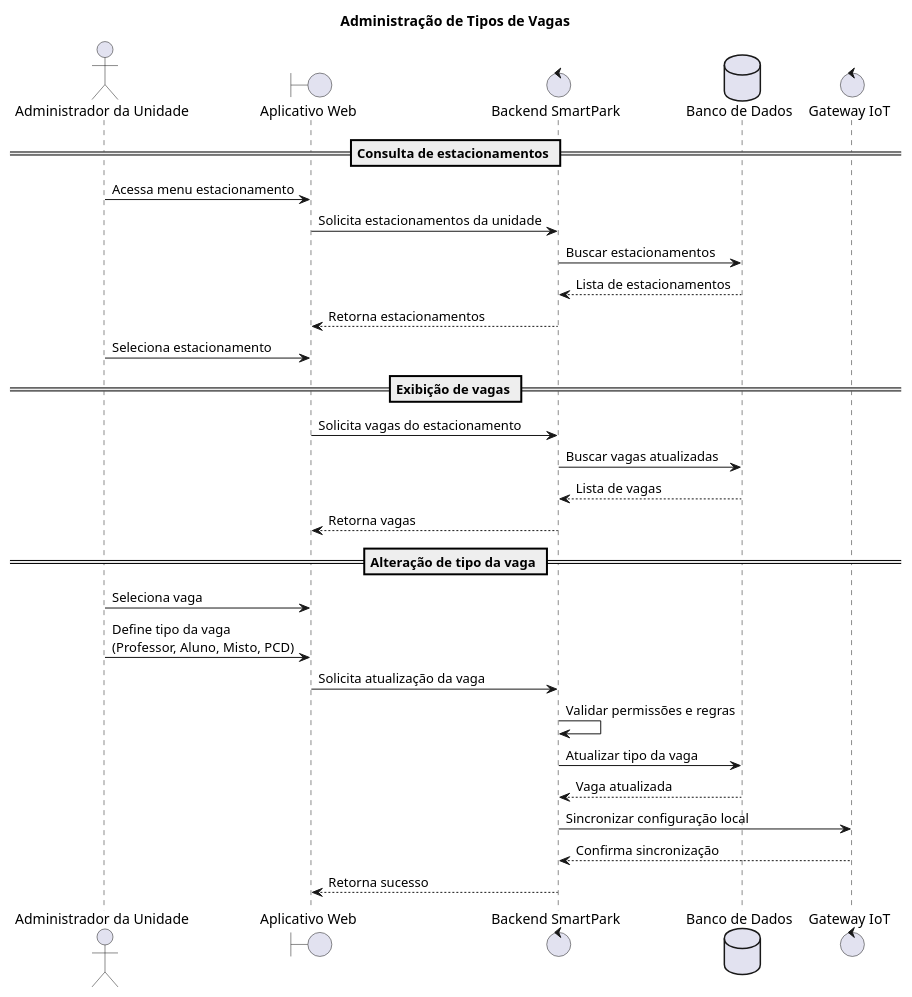
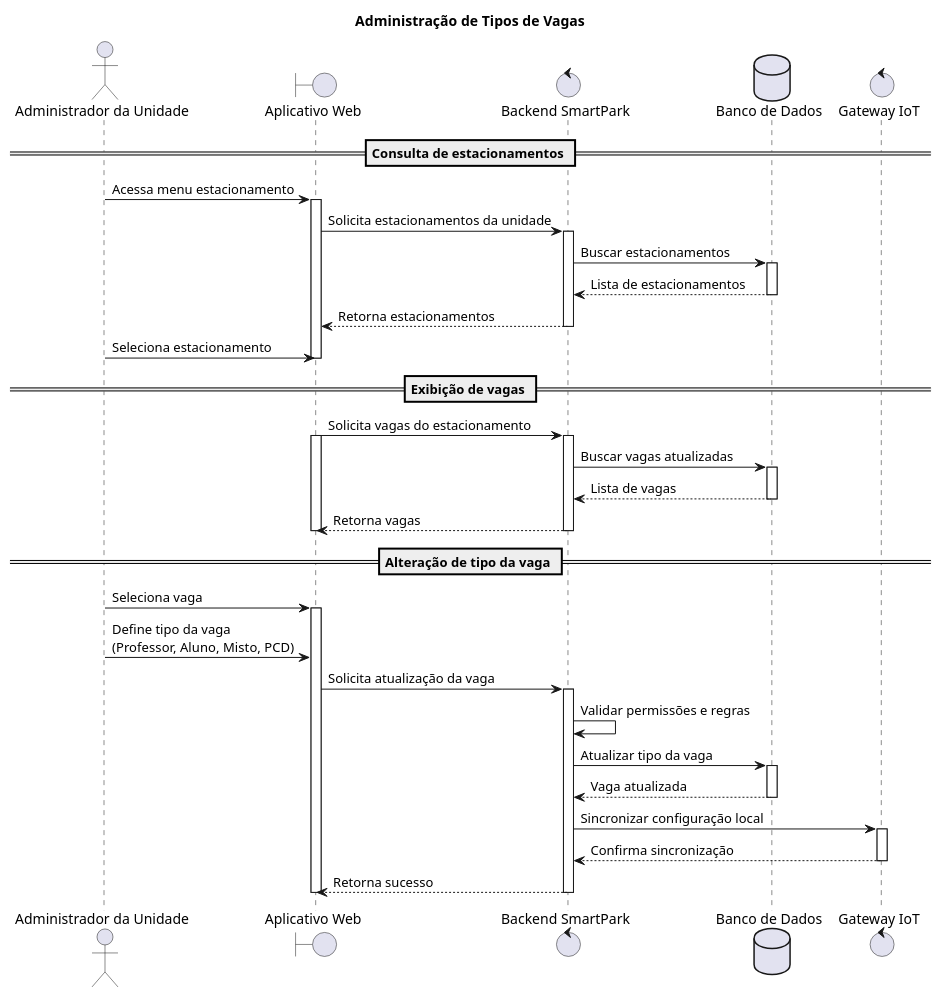
Before and after one commit to jjoaom/PS-PUCMG-SmartPark: the diagram in code/sequencia/AdminVerificaEstacionamentoUnidade.puml, drawn with PlantUML. The commit also changed 5 other files, not shown here.

Commit message:
Fix: Sequence Diagrams

```diff
--- a/code/sequencia/AdminVerificaEstacionamentoUnidade.puml
+++ b/code/sequencia/AdminVerificaEstacionamentoUnidade.puml
@@ -1,58 +1,67 @@
 @startuml
 title "Administração de Tipos de Vagas"
 
 actor "Administrador da Unidade" as Admin
 
 boundary "Aplicativo Web" as Frontend
 
 control "Backend SmartPark" as Backend
 
 database "Banco de Dados" as DB
 
 control "Gateway IoT" as Gateway
 
 == Consulta de estacionamentos ==
 
 Admin -> Frontend: Acessa menu estacionamento
+activate Frontend
 
 Frontend -> Backend: Solicita estacionamentos da unidade
+activate Backend
 
 Backend -> DB: Buscar estacionamentos
+activate DB
 
 DB --> Backend: Lista de estacionamentos
-
+deactivate DB
 Backend --> Frontend: Retorna estacionamentos
-
+deactivate Backend
 Admin -> Frontend: Seleciona estacionamento
+deactivate Frontend
 
 == Exibição de vagas ==
 
 Frontend -> Backend: Solicita vagas do estacionamento
-
+activate Frontend
+activate Backend
 Backend -> DB: Buscar vagas atualizadas
-
+activate DB
 DB --> Backend: Lista de vagas
-
+deactivate DB
 Backend --> Frontend: Retorna vagas
+deactivate Backend
+deactivate Frontend
 
 == Alteração de tipo da vaga ==
 
 Admin -> Frontend: Seleciona vaga
-
+activate Frontend
 Admin -> Frontend: Define tipo da vaga\n(Professor, Aluno, Misto, PCD)
 
 Frontend -> Backend: Solicita atualização da vaga
-
+activate Backend
 Backend -> Backend: Validar permissões e regras
 
 Backend -> DB: Atualizar tipo da vaga
-
+activate DB
 DB --> Backend: Vaga atualizada
-
+deactivate DB
 Backend -> Gateway: Sincronizar configuração local
-
+activate Gateway
 Gateway --> Backend: Confirma sincronização
-
+deactivate Gateway
 Backend --> Frontend: Retorna sucesso
+deactivate Backend
+deactivate Frontend
 
 @enduml
```
